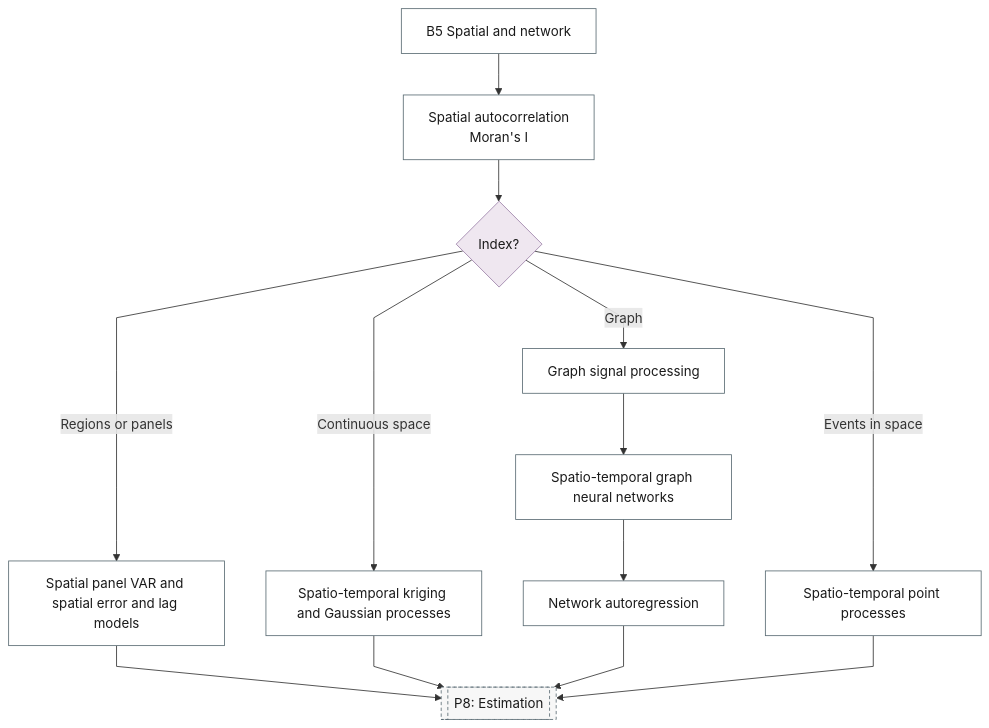
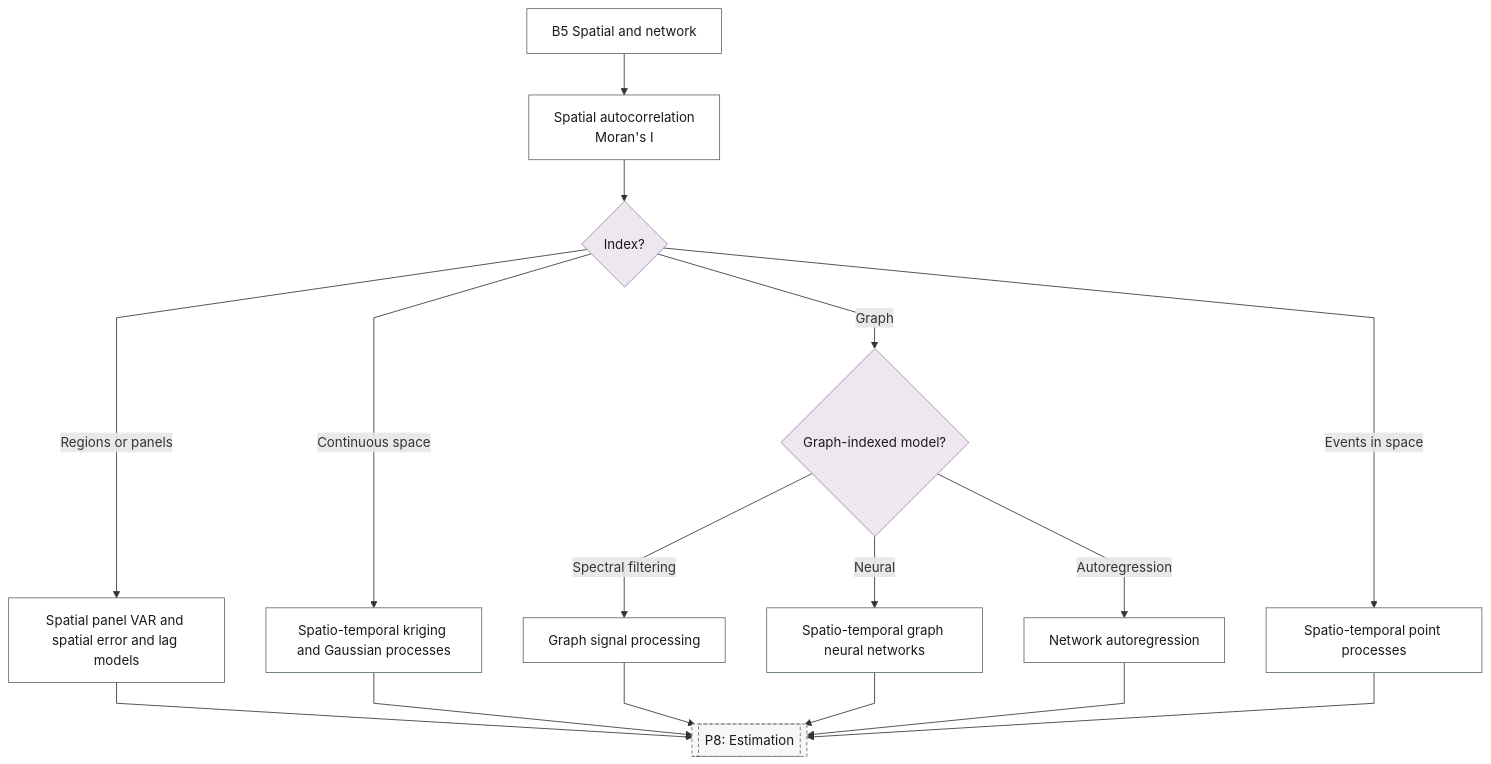
One commit to Shuxin-Y/time-series-analysis-manual changed the diagram in docs/reference/20-spatio-temporal/index.md. Above: the diagram before and after it, drawn with Mermaid. The commit also changed 5 other files, not shown here.

First line of the commit message:
fix(flowchart): the last alternative chains become fan-outs (rev1 M8, rev2 N10, rev3 N8)

````diff
--- a/docs/reference/20-spatio-temporal/index.md
+++ b/docs/reference/20-spatio-temporal/index.md
@@ -7,24 +7,26 @@
 ```mermaid
 %%{init: {"flowchart": {"curve": "linear"}}}%%
 graph TD
     B5["B5 Spatial and network"] --> B5_SPATIAL_AUTOCORRELATION["Spatial autocorrelation<br/>Moran's I"]
     B5_SPATIAL_AUTOCORRELATION --> B5_INDEX{"Index?"}
     B5_INDEX -->|"Regions or panels"| B5_SPATIAL_PANEL_VAR["Spatial panel VAR and spatial error and lag models"]
     B5_INDEX -->|"Continuous space"| B5_KRIGING["Spatio-temporal kriging and Gaussian processes"]
-    B5_INDEX -->|"Graph"| B5_GRAPH_SIGNAL["Graph signal processing"]
+    B5_INDEX -->|"Graph"| B5_GRAPH_MODEL{"Graph-indexed model?"}
+    B5_GRAPH_MODEL -->|"Spectral filtering"| B5_GRAPH_SIGNAL["Graph signal processing"]
+    B5_GRAPH_MODEL -->|"Neural"| B5_STGNN["Spatio-temporal graph neural networks"]
+    B5_GRAPH_MODEL -->|"Autoregression"| B5_NETWORK_AR["Network autoregression"]
     B5_INDEX -->|"Events in space"| B5_ST_POINT_PROCESS["Spatio-temporal point processes"]
-    B5_GRAPH_SIGNAL --> B5_STGNN["Spatio-temporal graph neural networks"]
-    B5_STGNN --> B5_NETWORK_AR["Network autoregression"]
-    B5_SPATIAL_PANEL_VAR & B5_KRIGING & B5_NETWORK_AR & B5_ST_POINT_PROCESS --> P8[["P8: Estimation"]]
-    class B5_INDEX decision
-    class B5,B5_SPATIAL_AUTOCORRELATION,B5_SPATIAL_PANEL_VAR,B5_KRIGING,B5_GRAPH_SIGNAL,B5_ST_POINT_PROCESS,B5_STGNN,B5_NETWORK_AR process
+    B5_SPATIAL_PANEL_VAR & B5_KRIGING & B5_GRAPH_SIGNAL & B5_STGNN --> P8
+    B5_NETWORK_AR & B5_ST_POINT_PROCESS --> P8[["P8: Estimation"]]
+    class B5_INDEX,B5_GRAPH_MODEL decision
+    class B5,B5_SPATIAL_AUTOCORRELATION,B5_SPATIAL_PANEL_VAR,B5_KRIGING,B5_GRAPH_SIGNAL,B5_STGNN,B5_NETWORK_AR,B5_ST_POINT_PROCESS process
     class P8 ref
     classDef terminator fill:#E6F2F7,stroke:#007BA7,color:#1A1A1A;
     classDef process fill:#FFFFFF,stroke:#5A6B73,color:#1A1A1A;
     classDef decision fill:#EFE7F0,stroke:#9B7FA7,color:#1A1A1A;
     classDef data fill:#FFF4E0,stroke:#C9A55E,color:#1A1A1A;
     classDef good fill:#DCEFD8,stroke:#4A7A3F,color:#1A1A1A;
     classDef escalate fill:#FFE9C2,stroke:#C9A55E,color:#1A1A1A;
     classDef problem fill:#F2D9DE,stroke:#800020,color:#1A1A1A;
     classDef ref fill:#F7F7F7,stroke:#5A6B73,color:#1A1A1A,stroke-dasharray:4 3;
 ```
````
